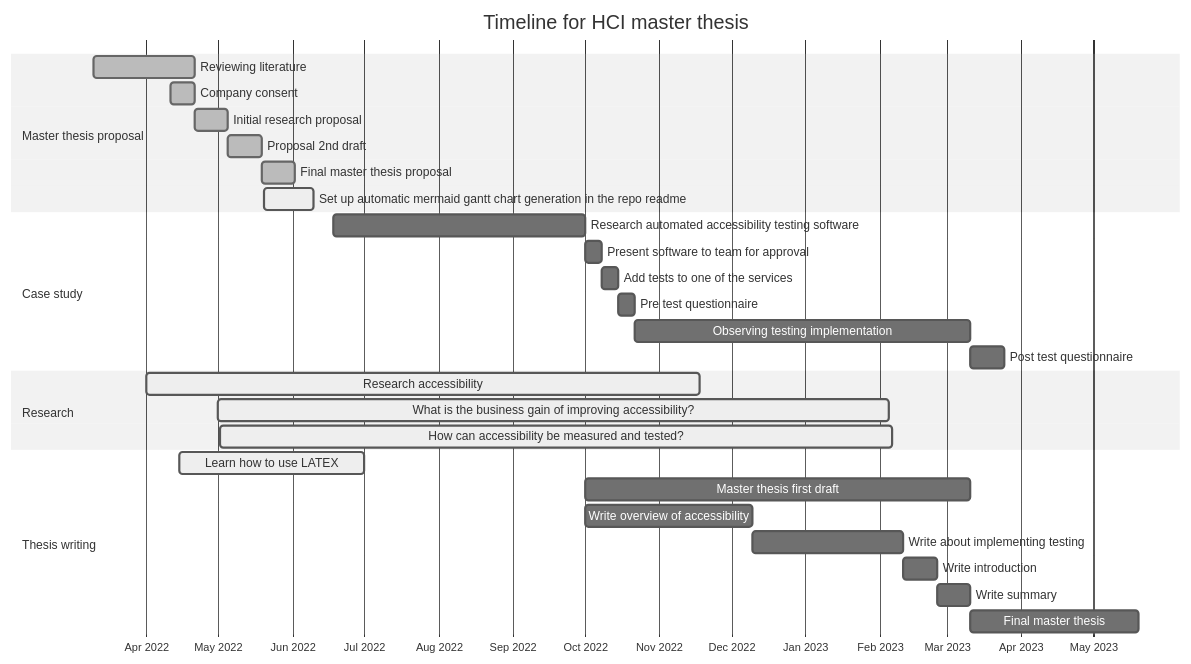
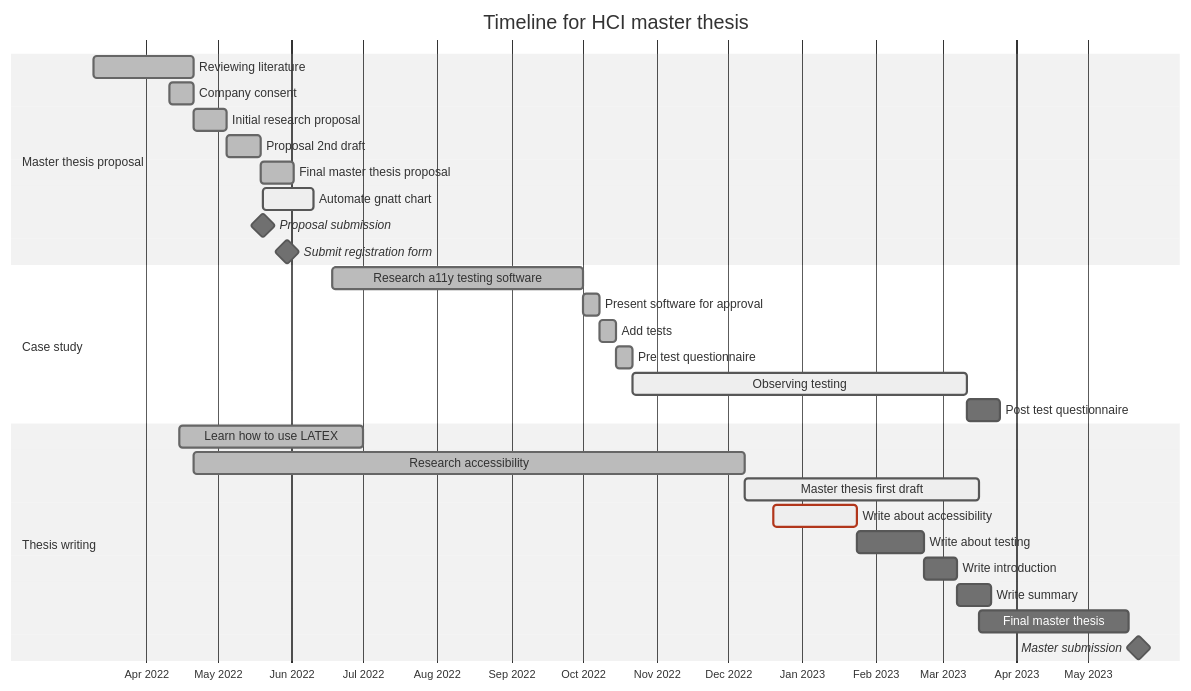
The diagram in README.md (TLU-Human-computer-interaction/masterThesis), drawn with Mermaid before and after one commit. The commit also changed 2 other files, not shown here.

Commit message:
update chart

````diff
--- a/README.md
+++ b/README.md
@@ -1,38 +1,37 @@
 ```mermaid
 gantt
 	%%{init: {'theme': 'neutral'}}%%
 	axisFormat  %b %Y
 	title Timeline for HCI master thesis	
 	dateFormat YYYY-MM-DD
 
 section Master thesis proposal 
-Reviewing literature :done,  I_kwDOHN4WtM5IPt0e, 2022-03-10, 6w 
-Company consent :done,  I_kwDOHN4WtM5IPjR4, 2022-04-11, 10d 
-Initial research proposal :done,  I_kwDOHN4WtM5IPQAc, after I_kwDOHN4WtM5IPt0e, 2w 
-Proposal 2nd draft :done,  I_kwDOHN4WtM5IPQdj, after I_kwDOHN4WtM5IPQAc, 2w 
-Final master thesis proposal :done,  I_kwDOHN4WtM5IO6RY, after I_kwDOHN4WtM5IPQdj, 2w 
-Set up automatic mermaid gantt chart generation in the repo readme :active,  I_kwDOHN4WtM5KFnVy, 2022-05-20, 3w 
+Reviewing literature 			:done,  		I_kwDOHN4WtM5IPt0e, 	2022-03-10, 				6w 
+Company consent 				:done,  		I_kwDOHN4WtM5IPjR4, 	2022-04-11, 				10d 
+Initial research proposal 		:done,  		I_kwDOHN4WtM5IPQAc, 	after I_kwDOHN4WtM5IPt0e, 	2w 
+Proposal 2nd draft 				:done,  		I_kwDOHN4WtM5IPQdj, 	after I_kwDOHN4WtM5IPQAc, 	2w 
+Final master thesis proposal 	:done,  		I_kwDOHN4WtM5IO6RY, 	after I_kwDOHN4WtM5IPQdj, 	2w 
+Automate gnatt chart 			:active,  		I_kwDOHN4WtM5KFnVy, 	2022-05-20, 				3w 
+Proposal submission 			:milestone, 	I_1, 					2022-05-20, 				0d 
+Submit registration form 		:milestone, 	I_2, 					2022-05-30, 				0d 
 	 
 section Case study 
-Research automated accessibility testing software : I_kwDOHN4WtM5IPCPt, 2022-06-18, 15w 
-Present software to team for approval : I_kwDOHN4WtM5IPKxI, after I_kwDOHN4WtM5IPCPt, 1w 
-Add tests to one of the services  : I_kwDOHN4WtM5IPSTR, after I_kwDOHN4WtM5IPKxI, 1w 
-Pre test questionnaire : I_kwDOHN4WtM5IPPfv, after I_kwDOHN4WtM5IPSTR, 1w 
-Observing testing implementation : I_kwDOHN4WtM5IPS6R, after I_kwDOHN4WtM5IPPfv, 20w 
-Post test questionnaire : I_kwDOHN4WtM5IPr5f, after I_kwDOHN4WtM5IPS6R, 2w 
- 
-section Research 
-Research accessibility :active,  I_kwDOHN4WtM5IP7K7, 2022-04-01, 33w 
-What is the business gain of improving accessibility? :active,  I_kwDOHN4WtM5Jr4kn, 2022-05-01, 40w 
-How can accessibility be measured and tested? :active,  I_kwDOHN4WtM5Jr4tP, 2022-05-02, 40w 
+Research a11y testing software 	:done, 			I_kwDOHN4WtM5IPCPt, 	2022-06-18, 				15w 
+Present software for approval 	:done, 			I_kwDOHN4WtM5IPKxI, 	after I_kwDOHN4WtM5IPCPt, 	1w 
+Add tests  						:done, 			I_kwDOHN4WtM5IPSTR, 	after I_kwDOHN4WtM5IPKxI, 	1w 
+Pre test questionnaire 			:done, 			I_kwDOHN4WtM5IPPfv, 	after I_kwDOHN4WtM5IPSTR, 	1w 
+Observing testing  				:active, 		I_kwDOHN4WtM5IPS6R, 	after I_kwDOHN4WtM5IPPfv, 	20w 
+Post test questionnaire 		: 				I_kwDOHN4WtM5IPr5f, 	after I_kwDOHN4WtM5IPS6R, 	2w 
  
 section Thesis writing 
-Learn how to use LATEX :active,  I_kwDOHN4WtM5IPfGo, 2022-04-15, 11w 
-Master thesis first draft : I_kwDOHN4WtM5IPWkC, 2022-10-01, 23w 
-Write overview of accessibility : I_kwDOHN4WtM5IPeB8, 2022-10-01, 10w 
-Write about implementing testing : I_kwDOHN4WtM5IRoTT, after I_kwDOHN4WtM5IPeB8, 9w 
-Write introduction : I_kwDOHN4WtM5IPdl3, after I_kwDOHN4WtM5IRoTT, 2w 
-Write summary : I_kwDOHN4WtM5IPdrk, after I_kwDOHN4WtM5IPdl3, 2w 
-Final master thesis : I_kwDOHN4WtM5IPXSh, after I_kwDOHN4WtM5IPWkC, 10w 
+Learn how to use LATEX 			:done, 			I_kwDOHN4WtM5IPfGo, 	2022-04-15, 				11w 
+Research accessibility 			:done, 			I_kwDOHN4WtM5IP7K7, 	after I_kwDOHN4WtM5IPjR4, 	33w 
+Master thesis first draft 		:active, 		I_kwDOHN4WtM5IPWkC, 	after I_kwDOHN4WtM5IP7K7, 	14w 
+Write about accessibility 		:active, crit, 	I_kwDOHN4WtM5IPeB8, 	2022-12-20, 				5w 
+Write about testing 			:		 		I_kwDOHN4WtM5IRoTT, 	after I_kwDOHN4WtM5IPeB8, 	4w 
+Write introduction 				: 				I_kwDOHN4WtM5IPdl3, 	after I_kwDOHN4WtM5IRoTT, 	2w 
+Write summary 					: 				I_kwDOHN4WtM5IPdrk, 	after I_kwDOHN4WtM5IPdl3, 	2w 
+Final master thesis 			: 				I_kwDOHN4WtM5IPXSh, 	after I_kwDOHN4WtM5IPWkC, 	9w 
+Master submission 				:milestone, 	I_3, 					2023-05-22, 				0d 
 
 ```
````
